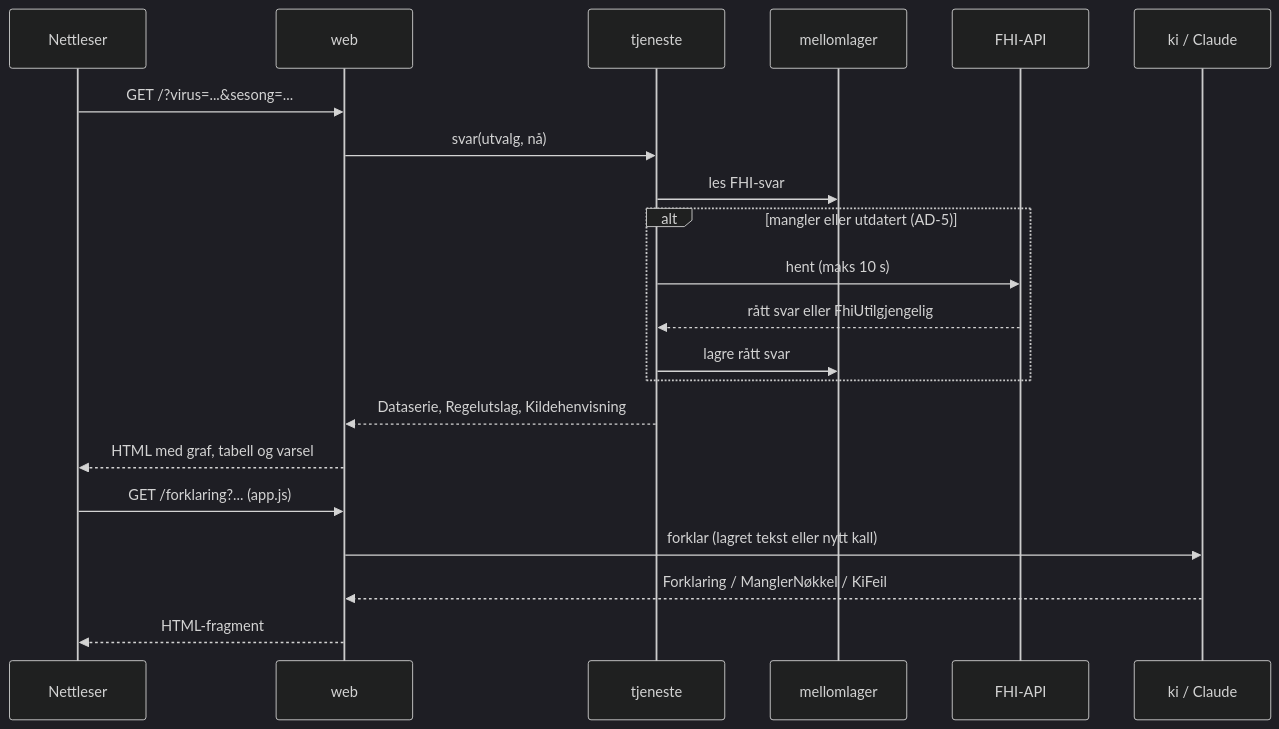
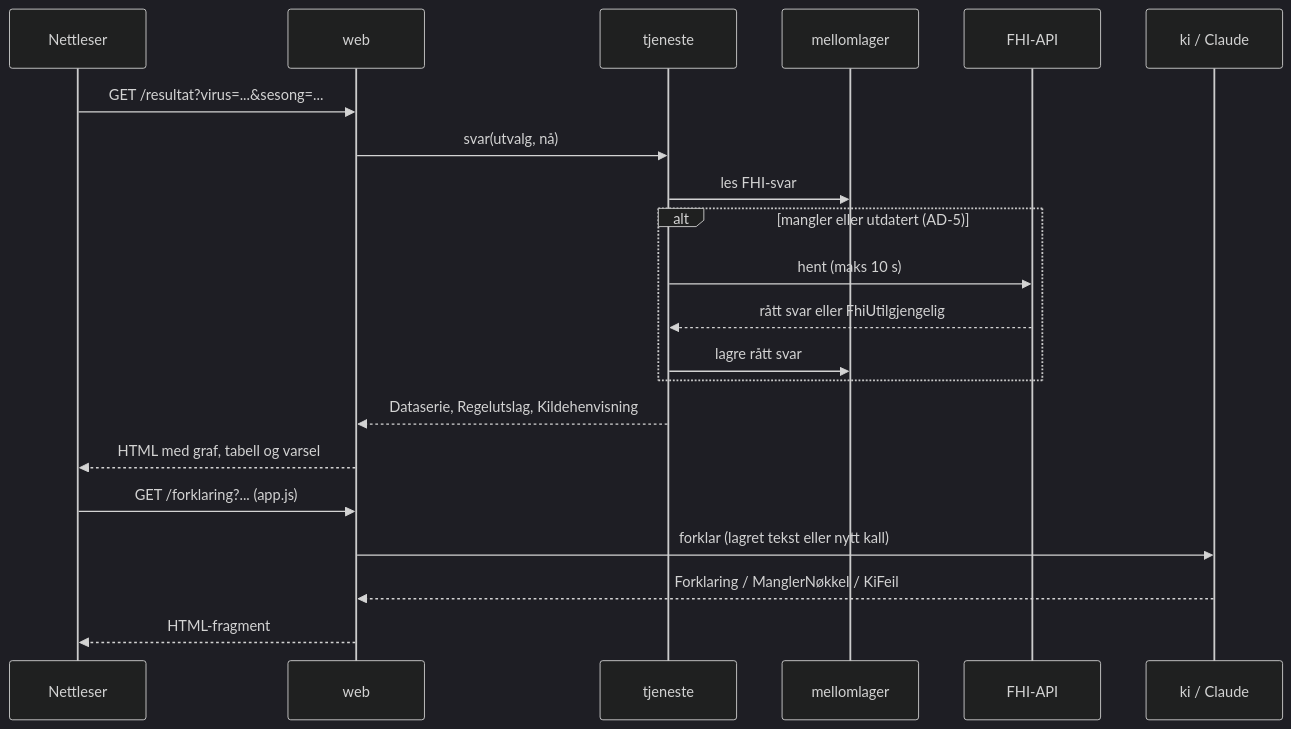
Before and after one commit to IBE160-2026/G63-zumbo: the second of 2 diagrams in _bmad-output/planning-artifacts/architecture/architecture.md, drawn with Mermaid (dark theme). The commit also changed other lines of this file and 3 other files, not shown here.

````diff
--- a/_bmad-output/planning-artifacts/architecture/architecture.md
+++ b/_bmad-output/planning-artifacts/architecture/architecture.md
@@ -222,23 +224,23 @@
 ```mermaid
 sequenceDiagram
     participant B as Nettleser
     participant W as web
     participant T as tjeneste
     participant M as mellomlager
     participant F as FHI-API
     participant K as ki / Claude
-    B->>W: GET /?virus=...&sesong=...
+    B->>W: GET /resultat?virus=...&sesong=...
     W->>T: svar(utvalg, nå)
     T->>M: les FHI-svar
     alt mangler eller utdatert (AD-5)
         T->>F: hent (maks 10 s)
         F-->>T: rått svar eller FhiUtilgjengelig
         T->>M: lagre rått svar
     end
     T-->>W: Dataserie, Regelutslag, Kildehenvisning
     W-->>B: HTML med graf, tabell og varsel
     B->>W: GET /forklaring?... (app.js)
     W->>K: forklar (lagret tekst eller nytt kall)
     K-->>W: Forklaring / ManglerNøkkel / KiFeil
     W-->>B: HTML-fragment
 ```
````
